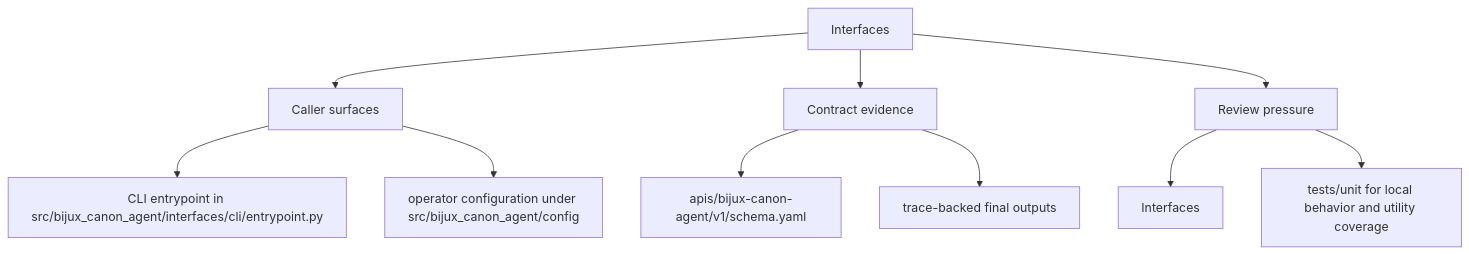
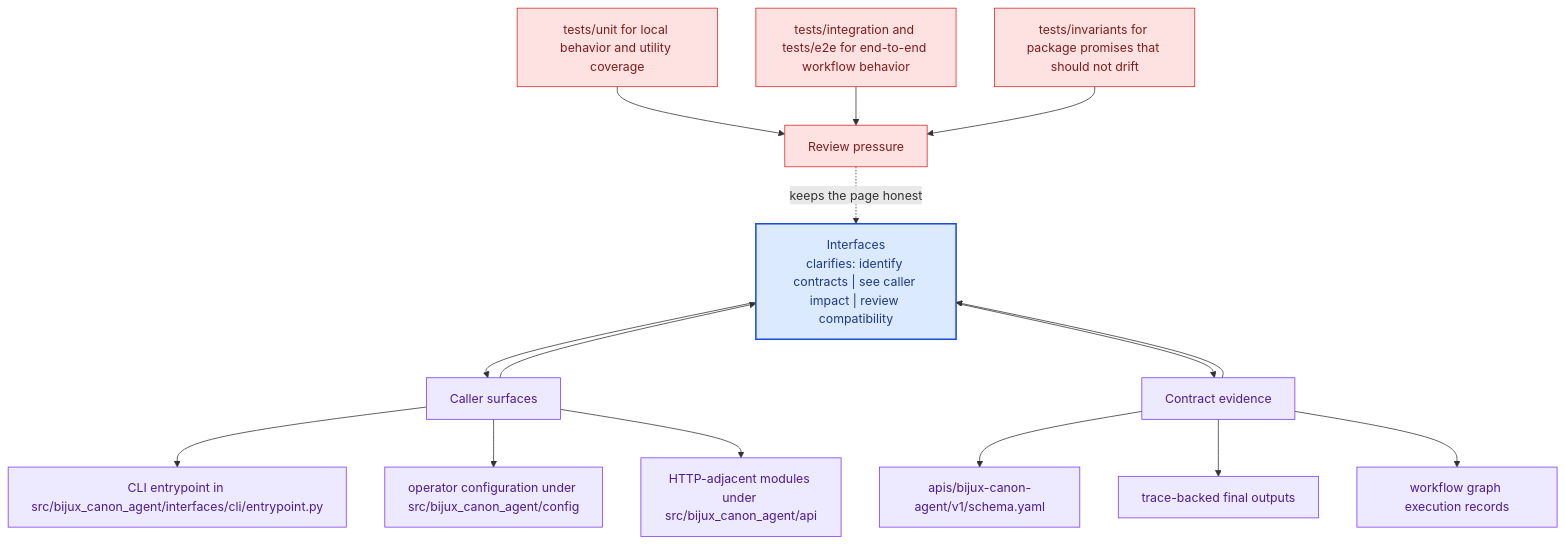
The second of 2 diagrams in docs/bijux-canon-agent/interfaces/index.md (bijux/bijux-canon), drawn with Mermaid before and after one commit. The commit also changed other lines of this file and 281 other files, not shown here.

Commit message:
docs(diagrams): deepen handbook mermaid maps across the catalog

````diff
--- a/docs/bijux-canon-agent/interfaces/index.md
+++ b/docs/bijux-canon-agent/interfaces/index.md
@@ -32,22 +65,41 @@
 ```mermaid
-flowchart TD
-    page["Interfaces"]
+flowchart TB
+    promise["Interfaces<br/>clarifies: identify contracts | see caller impact | review compatibility"]
+    classDef promise fill:#dbeafe,stroke:#1d4ed8,color:#1e3a8a,stroke-width:2px;
+    classDef driver fill:#dcfce7,stroke:#16a34a,color:#14532d;
+    classDef constraint fill:#fee2e2,stroke:#dc2626,color:#7f1d1d;
+    classDef ground fill:#ede9fe,stroke:#7c3aed,color:#4c1d95;
     focus1["Caller surfaces"]
-    page --> focus1
+    focus1 --> promise
+    promise --> focus1
     focus1_1["CLI entrypoint in src/bijux_canon_agent/interfaces/cli/entrypoint.py"]
     focus1 --> focus1_1
     focus1_2["operator configuration under src/bijux_canon_agent/config"]
     focus1 --> focus1_2
+    focus1_3["HTTP-adjacent modules under src/bijux_canon_agent/api"]
+    focus1 --> focus1_3
+    class focus1 ground;
+    class focus1_1,focus1_2,focus1_3 ground;
     focus2["Contract evidence"]
-    page --> focus2
+    focus2 --> promise
+    promise --> focus2
     focus2_1["apis/bijux-canon-agent/v1/schema.yaml"]
     focus2 --> focus2_1
     focus2_2["trace-backed final outputs"]
     focus2 --> focus2_2
+    focus2_3["workflow graph execution records"]
+    focus2 --> focus2_3
+    class focus2 ground;
+    class focus2_1,focus2_2,focus2_3 ground;
     focus3["Review pressure"]
-    page --> focus3
-    focus3_1["Interfaces"]
-    focus3 --> focus3_1
-    focus3_2["tests/unit for local behavior and utility coverage"]
-    focus3 --> focus3_2
+    focus3 -.keeps the page honest.-> promise
+    focus3_1["tests/unit for local behavior and utility coverage"]
+    focus3_1 --> focus3
+    focus3_2["tests/integration and tests/e2e for end-to-end workflow behavior"]
+    focus3_2 --> focus3
+    focus3_3["tests/invariants for package promises that should not drift"]
+    focus3_3 --> focus3
+    class focus3 constraint;
+    class focus3_1,focus3_2,focus3_3 constraint;
+    class promise promise;
 ```
````
